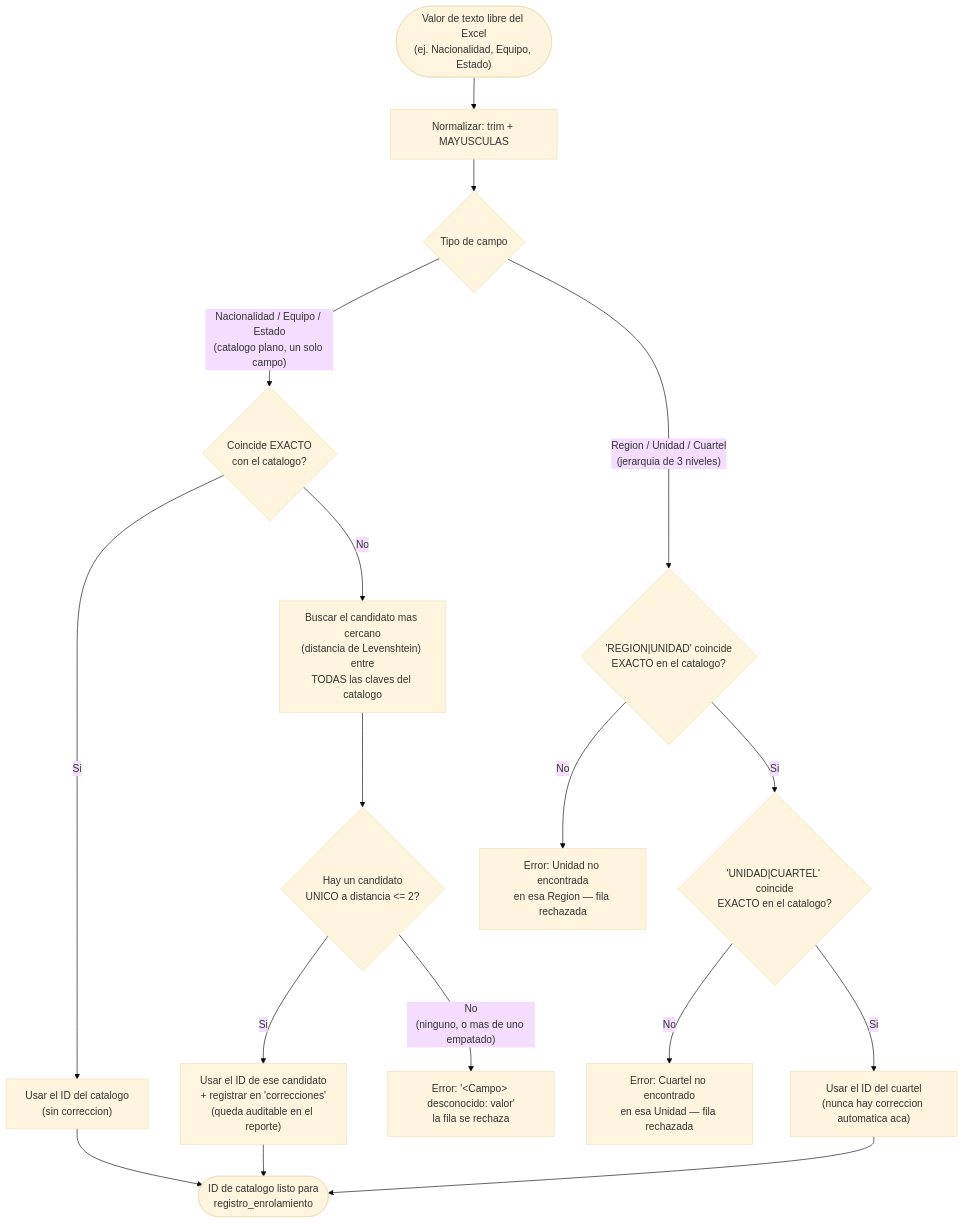
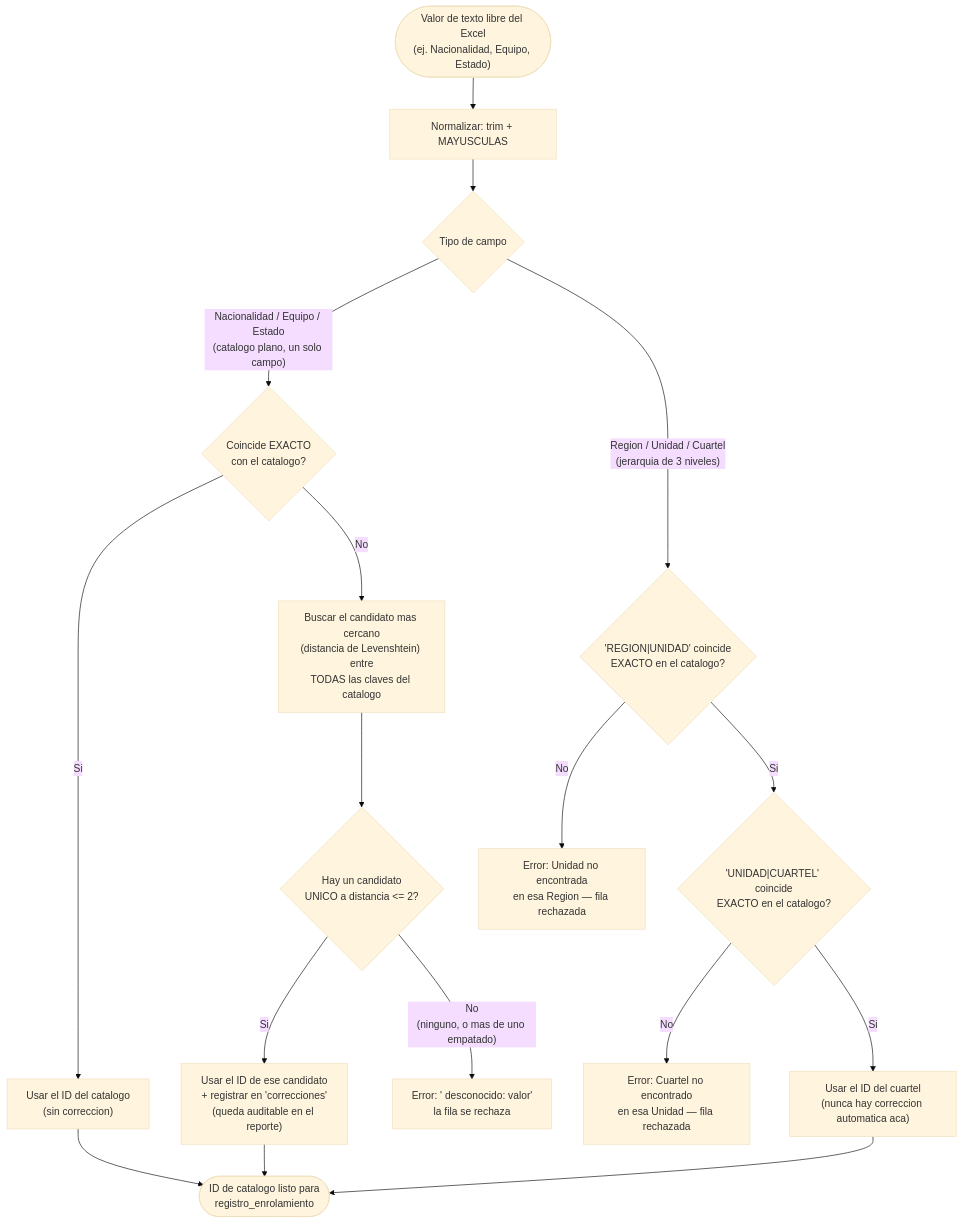
One commit to NicolasPonceH/Abis-Analisis changed the diagram in docs/diagramas/normalizacion-limpieza.md. Above: the diagram before and after it, drawn with Mermaid (base theme). The commit also changed 3 other files, not shown here.

````diff
--- a/docs/diagramas/normalizacion-limpieza.md
+++ b/docs/diagramas/normalizacion-limpieza.md
@@ -10,22 +10,22 @@
 ```mermaid
 flowchart TD
     Start(["Valor de texto libre del Excel<br/>(ej. Nacionalidad, Equipo, Estado)"]) --> Norm["Normalizar: trim + MAYUSCULAS"]
     Norm --> Rama{"Tipo de campo"}
 
     Rama -- "Nacionalidad / Equipo / Estado<br/>(catalogo plano, un solo campo)" --> Exacto1{"Coincide EXACTO<br/>con el catalogo?"}
     Exacto1 -- Si --> UsarID1["Usar el ID del catalogo<br/>(sin correccion)"]
     Exacto1 -- No --> Fuzzy["Buscar el candidato mas cercano<br/>(distancia de Levenshtein) entre<br/>TODAS las claves del catalogo"]
     Fuzzy --> Distancia{"Hay un candidato<br/>UNICO a distancia <= 2?"}
     Distancia -- Si --> Corregir["Usar el ID de ese candidato<br/>+ registrar en 'correcciones'<br/>(queda auditable en el reporte)"]
-    Distancia -- "No<br/>(ninguno, o mas de uno empatado)" --> Error1["Error: '&lt;Campo&gt; desconocido: valor'<br/>la fila se rechaza"]
+    Distancia -- "No<br/>(ninguno, o mas de uno empatado)" --> Error1["Error: '<Campo> desconocido: valor'<br/>la fila se rechaza"]
 
     Rama -- "Region / Unidad / Cuartel<br/>(jerarquia de 3 niveles)" --> ExactoUnidad{"'REGION|UNIDAD' coincide<br/>EXACTO en el catalogo?"}
     ExactoUnidad -- No --> Error2["Error: Unidad no encontrada<br/>en esa Region — fila rechazada"]
     ExactoUnidad -- Si --> ExactoCuartel{"'UNIDAD|CUARTEL' coincide<br/>EXACTO en el catalogo?"}
     ExactoCuartel -- No --> Error3["Error: Cuartel no encontrado<br/>en esa Unidad — fila rechazada"]
     ExactoCuartel -- Si --> UsarID2["Usar el ID del cuartel<br/>(nunca hay correccion automatica aca)"]
 
     UsarID1 --> Fin(["ID de catalogo listo para<br/>registro_enrolamiento"])
     Corregir --> Fin
     UsarID2 --> Fin
 ```
````
